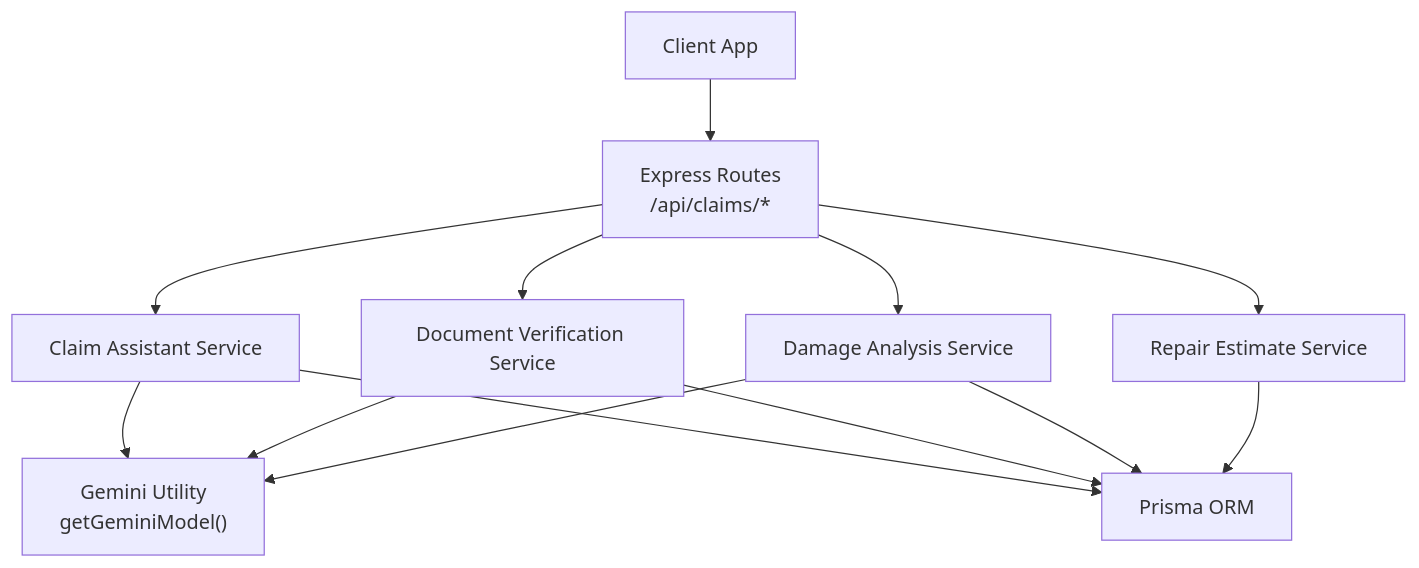
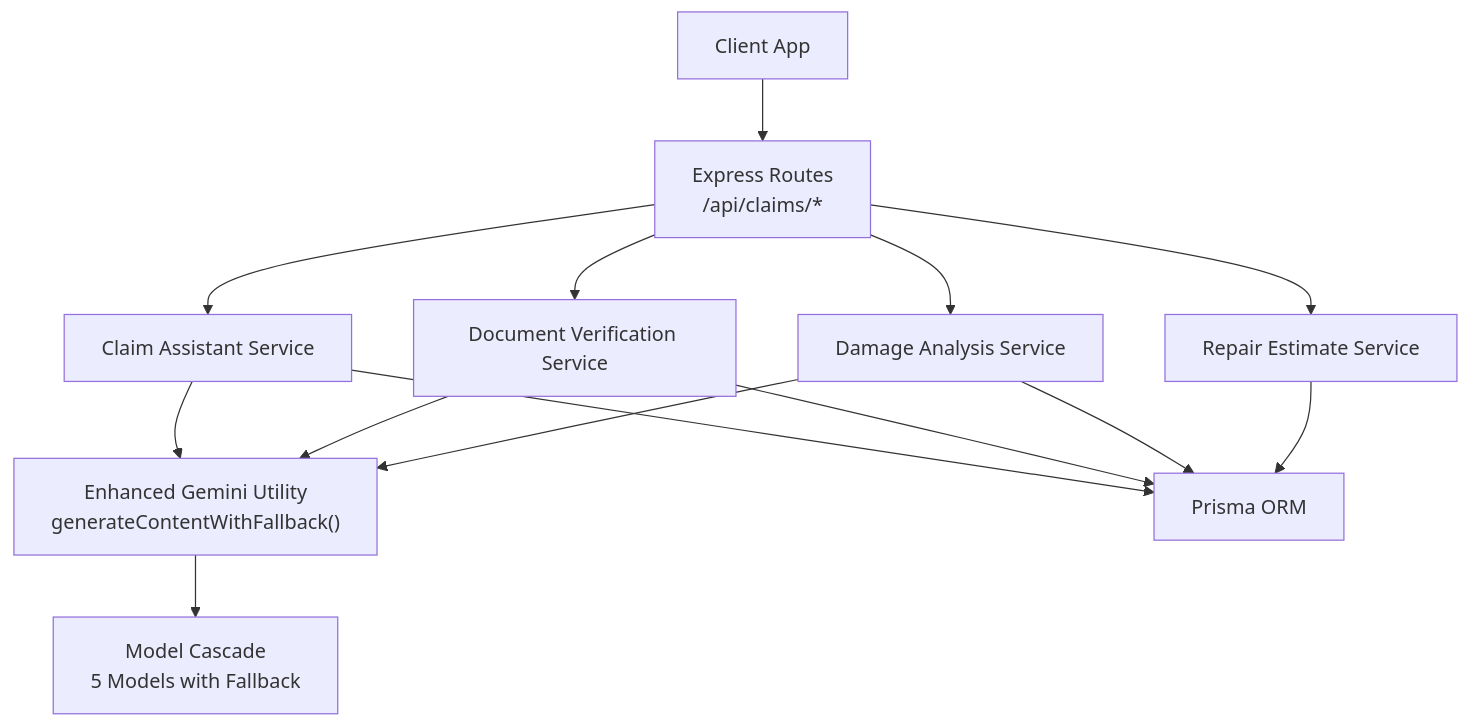
The first of 9 diagrams in .qoder/repowiki/en/content/AI Services Integration/AI Services Integration.md (NaveenHiranya/Smart-Vehicle-Insurance-Claim-System), drawn with Mermaid before and after one commit. The commit also changed other lines of this file and 41 other files, not shown here.

````diff
--- a/.qoder/repowiki/en/content/AI Services Integration/AI Services Integration.md
+++ b/.qoder/repowiki/en/content/AI Services Integration/AI Services Integration.md
@@ -46,15 +50,16 @@
 ```mermaid
 graph TB
 Client["Client App"] --> Routes["Express Routes<br/>/api/claims/*"]
 Routes --> DamageSvc["Damage Analysis Service"]
 Routes --> DocSvc["Document Verification Service"]
 Routes --> EstimateSvc["Repair Estimate Service"]
 Routes --> ChatSvc["Claim Assistant Service"]
-DamageSvc --> Gemini["Gemini Utility<br/>getGeminiModel()"]
+DamageSvc --> Gemini["Enhanced Gemini Utility<br/>generateContentWithFallback()"]
 DocSvc --> Gemini
 ChatSvc --> Gemini
 EstimateSvc --> DB["Prisma ORM"]
 DamageSvc --> DB
 DocSvc --> DB
 ChatSvc --> DB
+Gemini --> ModelCascade["Model Cascade<br/>5 Models with Fallback"]
 ```
````
